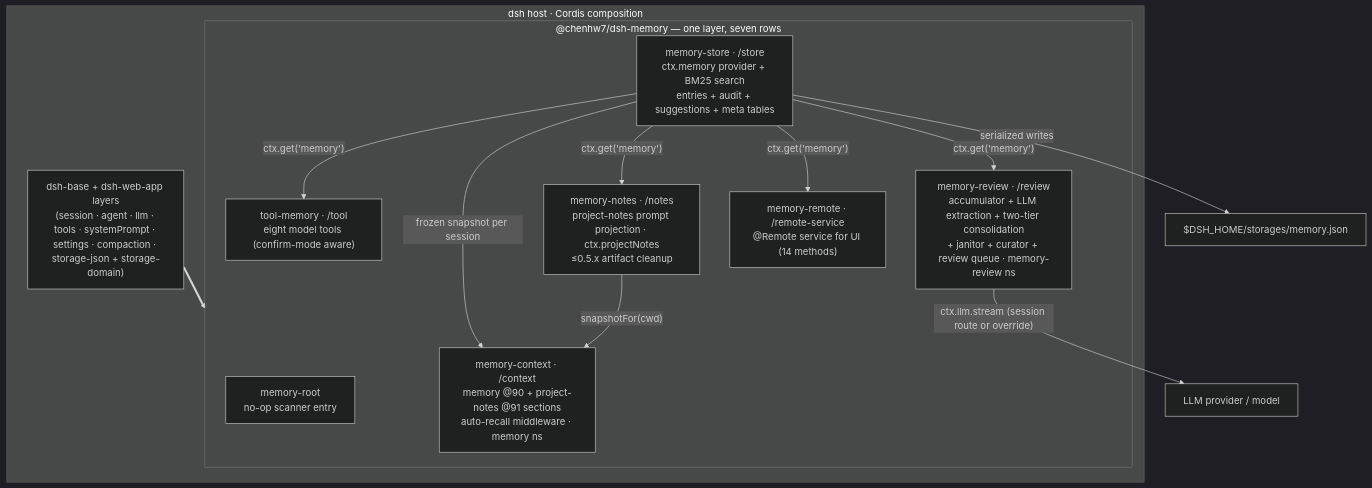
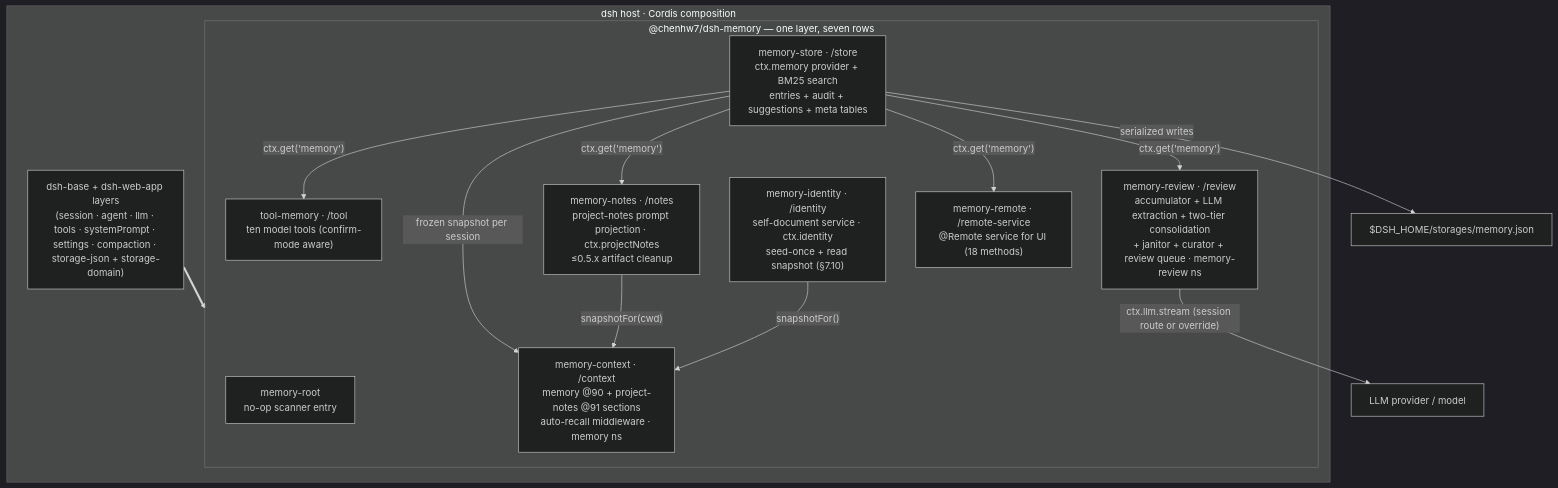
One commit to chenhw7/dsh-memory changed the first of 3 diagrams in docs/TECH_DESIGN.md. Above: the diagram before and after it, drawn with Mermaid (dark theme). The commit also changed other lines of this file and 12 other files, not shown here.

````diff
--- a/docs/TECH_DESIGN.md
+++ b/docs/TECH_DESIGN.md
@@ -102,24 +103,26 @@
 ```mermaid
 flowchart TB
   subgraph host["dsh host · Cordis composition"]
     base["dsh-base + dsh-web-app layers<br/>(session · agent · llm · tools · systemPrompt · settings · compaction · storage-json + storage-domain)"]
     subgraph bundle["@chenhw7/dsh-memory — one layer, seven rows"]
       root["memory-root<br/>no-op scanner entry"]
       store["memory-store · /store<br/>ctx.memory provider + BM25 search<br/>entries + audit + suggestions + meta tables"]
-      tool["tool-memory · /tool<br/>eight model tools (confirm-mode aware)"]
+      tool["tool-memory · /tool<br/>ten model tools (confirm-mode aware)"]
       review["memory-review · /review<br/>accumulator + LLM extraction + two-tier consolidation<br/>+ janitor + curator + review queue · memory-review ns"]
       notes["memory-notes · /notes<br/>project-notes prompt projection · ctx.projectNotes<br/>≤0.5.x artifact cleanup"]
+      identity["memory-identity · /identity<br/>self-document service · ctx.identity<br/>seed-once + read snapshot (§7.10)"]
       context["memory-context · /context<br/>memory @90 + project-notes @91 sections<br/>auto-recall middleware · memory ns"]
-      remote["memory-remote · /remote-service<br/>@Remote service for UI (14 methods)"]
+      remote["memory-remote · /remote-service<br/>@Remote service for UI (18 methods)"]
     end
   end
   base ==> bundle
   store -- "ctx.get('memory')" --> tool
   store -- "ctx.get('memory')" --> review
   store -- "frozen snapshot per session" --> context
   store -- "ctx.get('memory')" --> notes
   store -- "ctx.get('memory')" --> remote
   review -- "ctx.llm.stream (session route or override)" --> llm["LLM provider / model"]
   notes -- "snapshotFor(cwd)" --> context
+  identity -- "snapshotFor()" --> context
   store -- "serialized writes" --> json["$DSH_HOME/storages/memory.json"]
 ```
````
